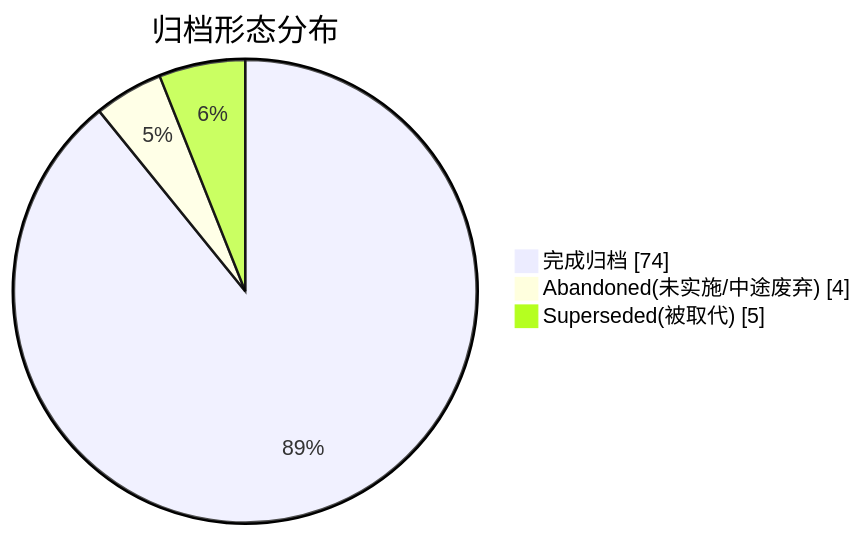
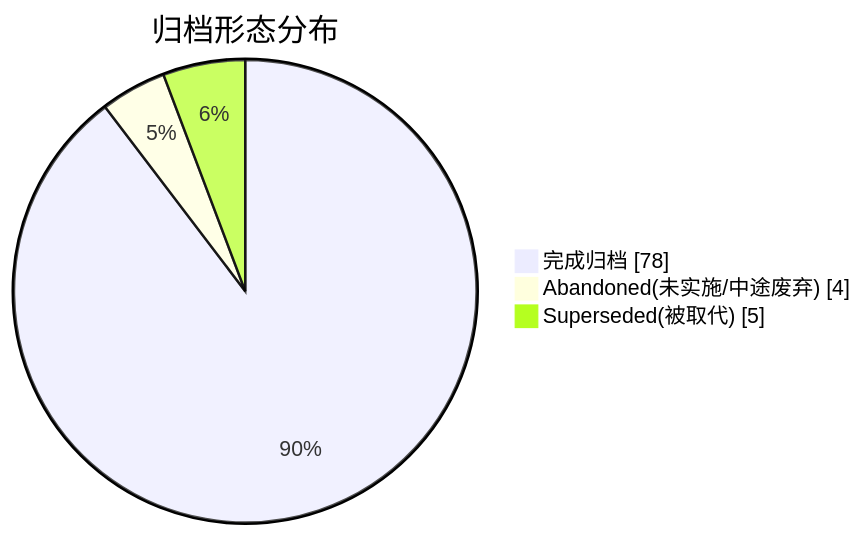
One commit to golddream-y/obsidian-ratel changed the second of 2 diagrams in docs/superpowers/ARCHIVE.md. Above: the diagram before and after it, drawn with Mermaid. The commit also changed other lines of this file and 13 other files, not shown here.

````diff
--- a/docs/superpowers/ARCHIVE.md
+++ b/docs/superpowers/ARCHIVE.md
@@ -24,6 +24,6 @@
 ```mermaid
 pie showData title 归档形态分布
-    "完成归档" : 74
+    "完成归档" : 78
     "Abandoned(未实施/中途废弃)" : 4
     "Superseded(被取代)" : 5
 ```
````
